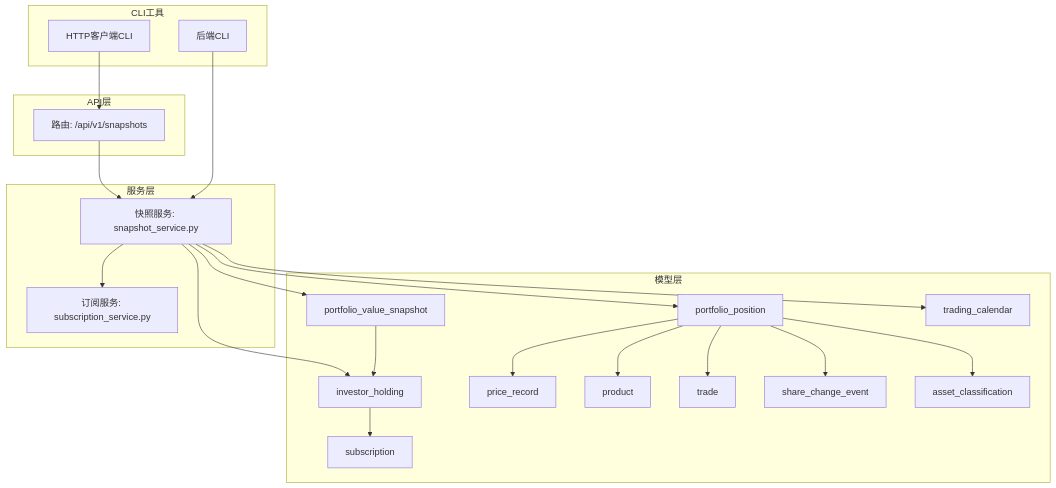
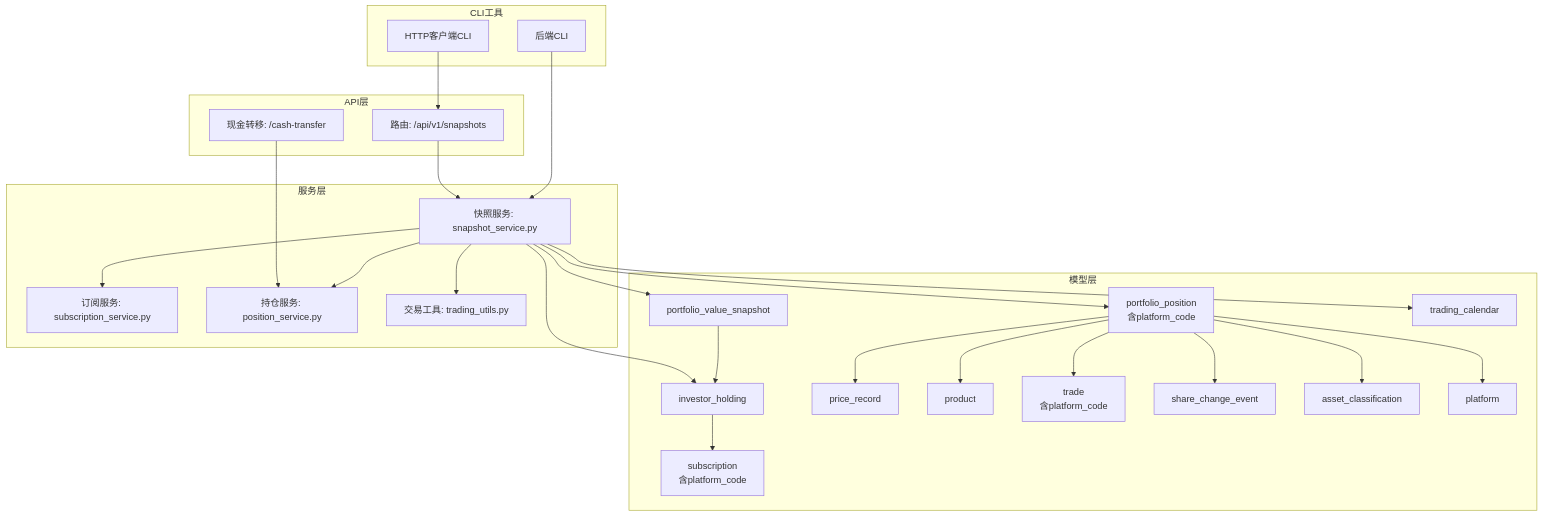
One commit to gujialind/InvestRing changed the first of 4 diagrams in .qoder/repowiki/zh/content/核心业务功能/净值快照系统.md. Above: the diagram before and after it, drawn with Mermaid. The commit also changed other lines of this file and 42 other files, not shown here.

````diff
--- a/.qoder/repowiki/zh/content/核心业务功能/净值快照系统.md
+++ b/.qoder/repowiki/zh/content/核心业务功能/净值快照系统.md
@@ -68,41 +74,49 @@
 ```mermaid
 graph TB
 subgraph "API层"
 R["路由: /api/v1/snapshots"]
+CT["现金转移: /cash-transfer"]
 end
 subgraph "服务层"
 S["快照服务: snapshot_service.py"]
 SC["订阅服务: subscription_service.py"]
+PS["持仓服务: position_service.py"]
+TU["交易工具: trading_utils.py"]
 end
 subgraph "模型层"
-P["portfolio_position"]
+P["portfolio_position<br/>含platform_code"]
 V["portfolio_value_snapshot"]
 H["investor_holding"]
 PR["price_record"]
 TR["trading_calendar"]
 PD["product"]
-TD["trade"]
-SB["subscription"]
+TD["trade<br/>含platform_code"]
+SB["subscription<br/>含platform_code"]
 SE["share_change_event"]
 AC["asset_classification"]
+PL["platform"]
 end
 subgraph "CLI工具"
 CLI["后端CLI"]
 HTTPCLI["HTTP客户端CLI"]
 end
 R --> S
+CT --> PS
 S --> SC
+S --> PS
+S --> TU
 S --> P
 S --> V
 S --> H
 P --> PR
 P --> PD
 P --> AC
+P --> PL
 V --> H
 P --> TD
 H --> SB
 P --> SE
 S --> TR
 CLI --> S
 HTTPCLI --> R
 ```
````
